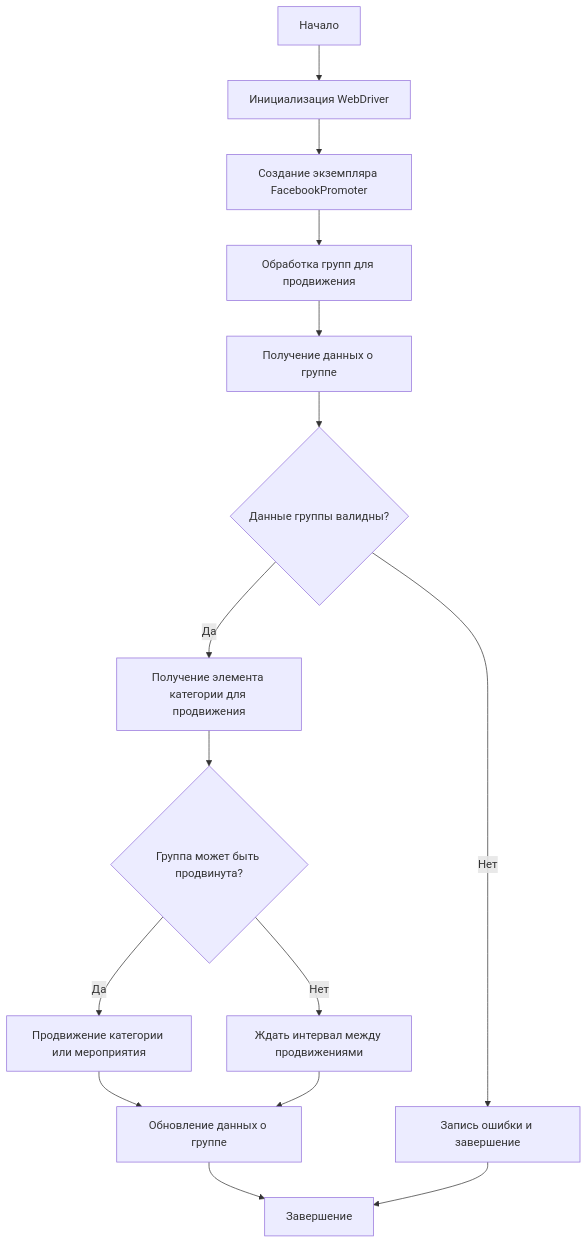
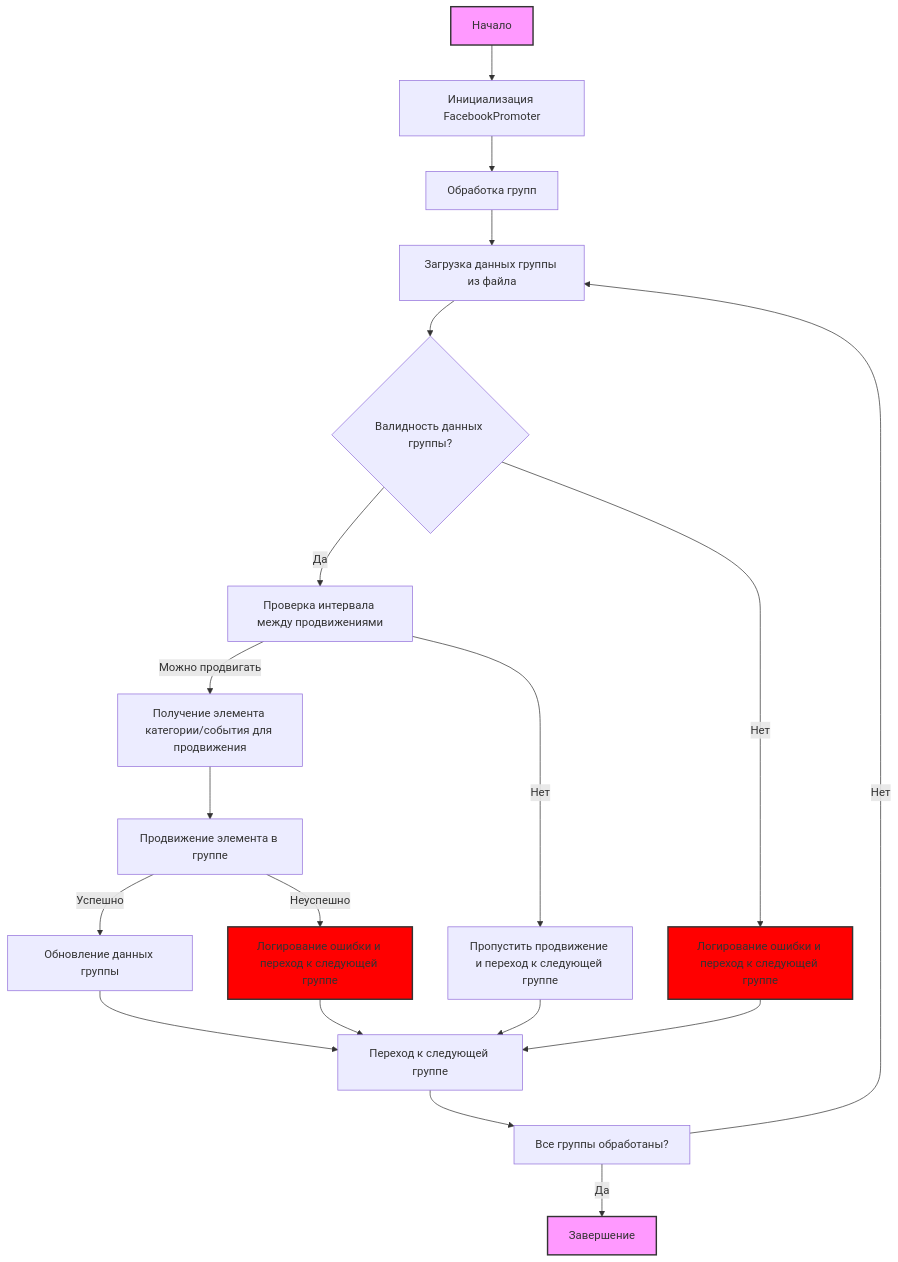
Before and after one commit to hypo69/hypo: the diagram in docs/gemini/ru/explainer/src/endpoints/advertisement/facebook/promoter.ru.md.md, drawn with Mermaid. The commit also changed other lines of this file and 6031 other files, not shown here.

````diff
--- a/docs/gemini/ru/explainer/src/endpoints/advertisement/facebook/promoter.ru.md.md
+++ b/docs/gemini/ru/explainer/src/endpoints/advertisement/facebook/promoter.ru.md.md
@@ -60,17 +50,28 @@
 ```mermaid
 flowchart TD
-    A[Начало] --> B[Инициализация WebDriver]
-    B --> C[Создание экземпляра FacebookPromoter]
-    C --> D[Обработка групп для продвижения]
-    D --> E[Получение данных о группе]
-    E --> F{Данные группы валидны?}
-    F -- Да --> G[Получение элемента категории для продвижения]
-    F -- Нет --> H[Запись ошибки и завершение]
-    G --> I{Группа может быть продвинута?}
-    I -- Да --> J[Продвижение категории или мероприятия]
-    I -- Нет --> K[Ждать интервал между продвижениями]
-    J --> L[Обновление данных о группе]
-    K --> L
-    L --> M[Завершение]
-    H --> M
+    Start[Начало] --> InitializePromoter[Инициализация FacebookPromoter];
+    InitializePromoter --> ProcessGroups[Обработка групп];
+    ProcessGroups --> LoadGroupData[Загрузка данных группы из файла];
+    LoadGroupData --> ValidateGroupData{Валидность данных группы?};
+    ValidateGroupData -- Да --> CheckPromotionInterval[Проверка интервала между продвижениями];
+    ValidateGroupData -- Нет --> LogError[Логирование ошибки и переход к следующей группе];
+    CheckPromotionInterval -- Можно продвигать --> GetCategoryOrEvent[Получение элемента категории/события для продвижения];
+    CheckPromotionInterval -- Нет --> SkipPromotion[Пропустить продвижение и переход к следующей группе];
+    GetCategoryOrEvent --> PromoteItem[Продвижение элемента в группе];
+    PromoteItem -- Успешно --> UpdateGroupData[Обновление данных группы];
+    PromoteItem -- Неуспешно --> LogErrorAndSkip[Логирование ошибки и переход к следующей группе];
+    UpdateGroupData --> NextGroup[Переход к следующей группе];
+    SkipPromotion --> NextGroup
+    LogError --> NextGroup
+    LogErrorAndSkip --> NextGroup
+    NextGroup --> Condition[Все группы обработаны?];
+    Condition -- Да --> End[Завершение];
+    Condition -- Нет --> LoadGroupData;
+
+    style Start fill:#f9f,stroke:#333,stroke-width:2px
+    style End fill:#f9f,stroke:#333,stroke-width:2px
+    style LogError fill:#f00,stroke:#333,stroke-width:2px
+    style LogErrorAndSkip fill:#f00,stroke:#333,stroke-width:2px
+
+    
 ```
````
